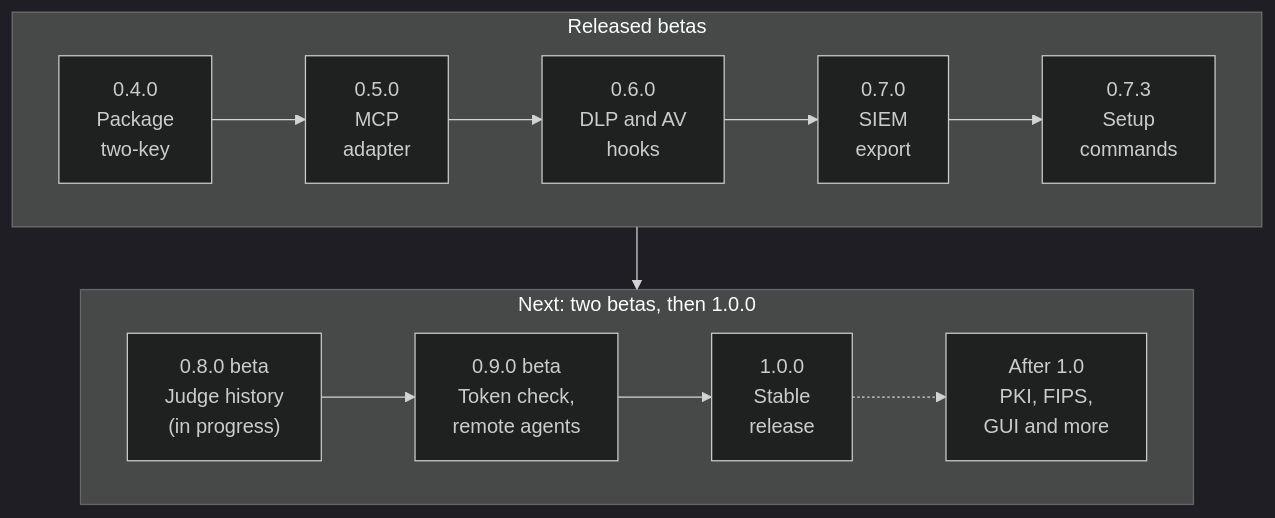
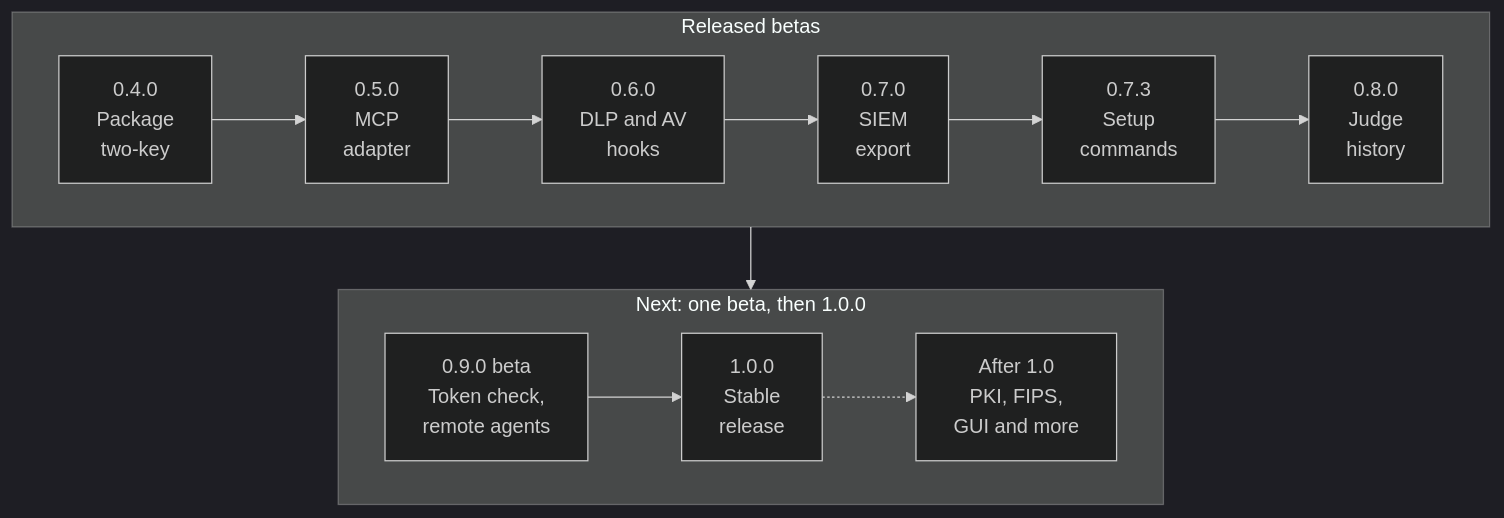
One commit to Insomniac-VibeLabs/two-key changed the fourth of 4 diagrams in README.md. Above: the diagram before and after it, drawn with Mermaid (dark theme). The commit also changed other lines of this file and 16 other files, not shown here.

````diff
--- a/README.md
+++ b/README.md
@@ -677,12 +681,12 @@
 ```mermaid
 flowchart TD
   subgraph done["Released betas"]
     direction LR
-    r04["0.4.0<br/>Package<br/>two-key"] --> r05["0.5.0<br/>MCP<br/>adapter"] --> r06["0.6.0<br/>DLP and AV<br/>hooks"] --> r07["0.7.0<br/>SIEM<br/>export"] --> r073["0.7.3<br/>Setup<br/>commands"]
+    r04["0.4.0<br/>Package<br/>two-key"] --> r05["0.5.0<br/>MCP<br/>adapter"] --> r06["0.6.0<br/>DLP and AV<br/>hooks"] --> r07["0.7.0<br/>SIEM<br/>export"] --> r073["0.7.3<br/>Setup<br/>commands"] --> r08["0.8.0<br/>Judge<br/>history"]
   end
-  subgraph next["Next: two betas, then 1.0.0"]
+  subgraph next["Next: one beta, then 1.0.0"]
     direction LR
-    r08["0.8.0 beta<br/>Judge history<br/>(in progress)"] --> r09["0.9.0 beta<br/>Token check,<br/>remote agents"] --> r10["1.0.0<br/>Stable<br/>release"] -.-> after["After 1.0<br/>PKI, FIPS,<br/>GUI and more"]
+    r09["0.9.0 beta<br/>Token check,<br/>remote agents"] --> r10["1.0.0<br/>Stable<br/>release"] -.-> after["After 1.0<br/>PKI, FIPS,<br/>GUI and more"]
   end
   done --> next
 ```
````
